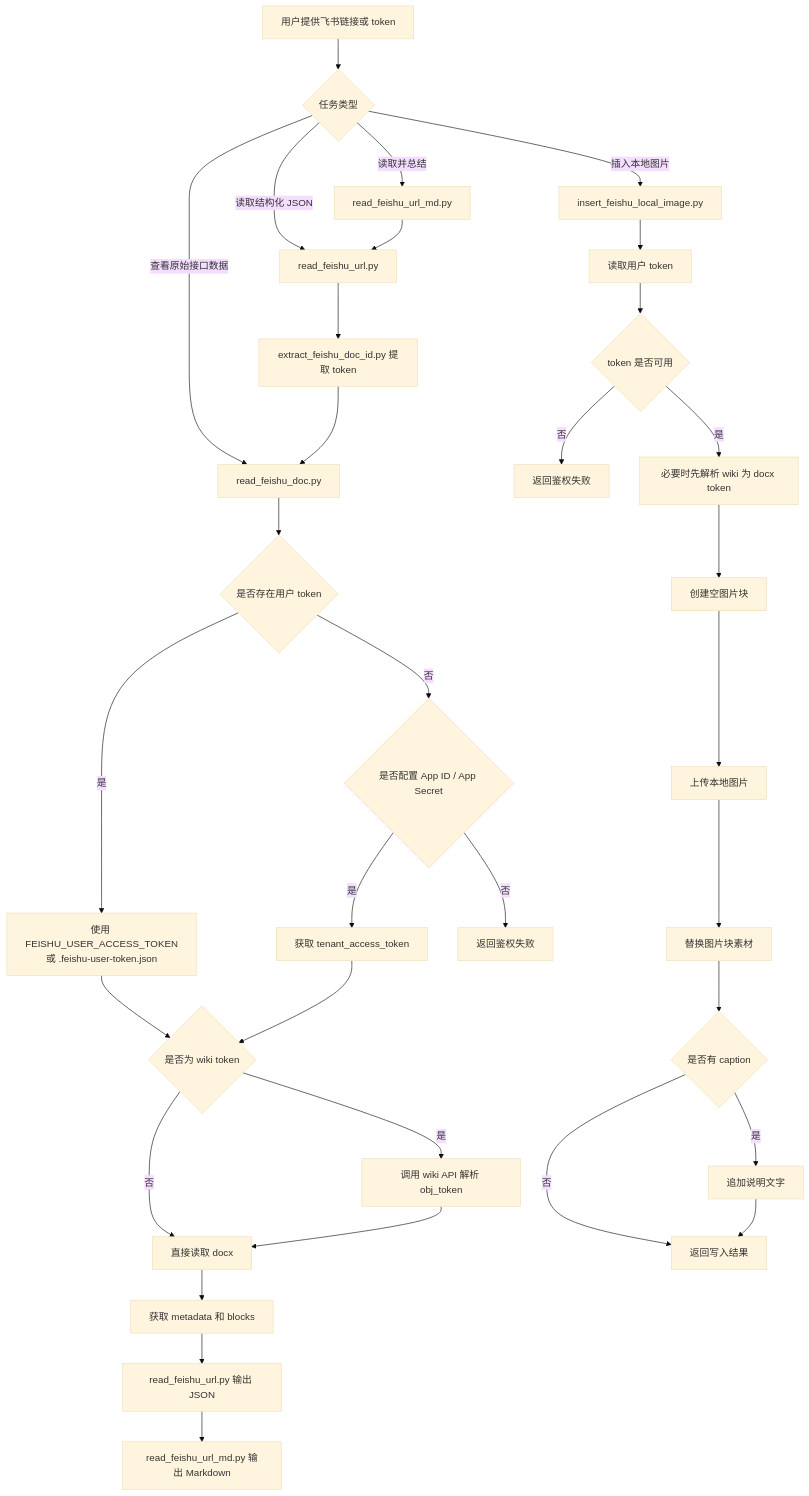
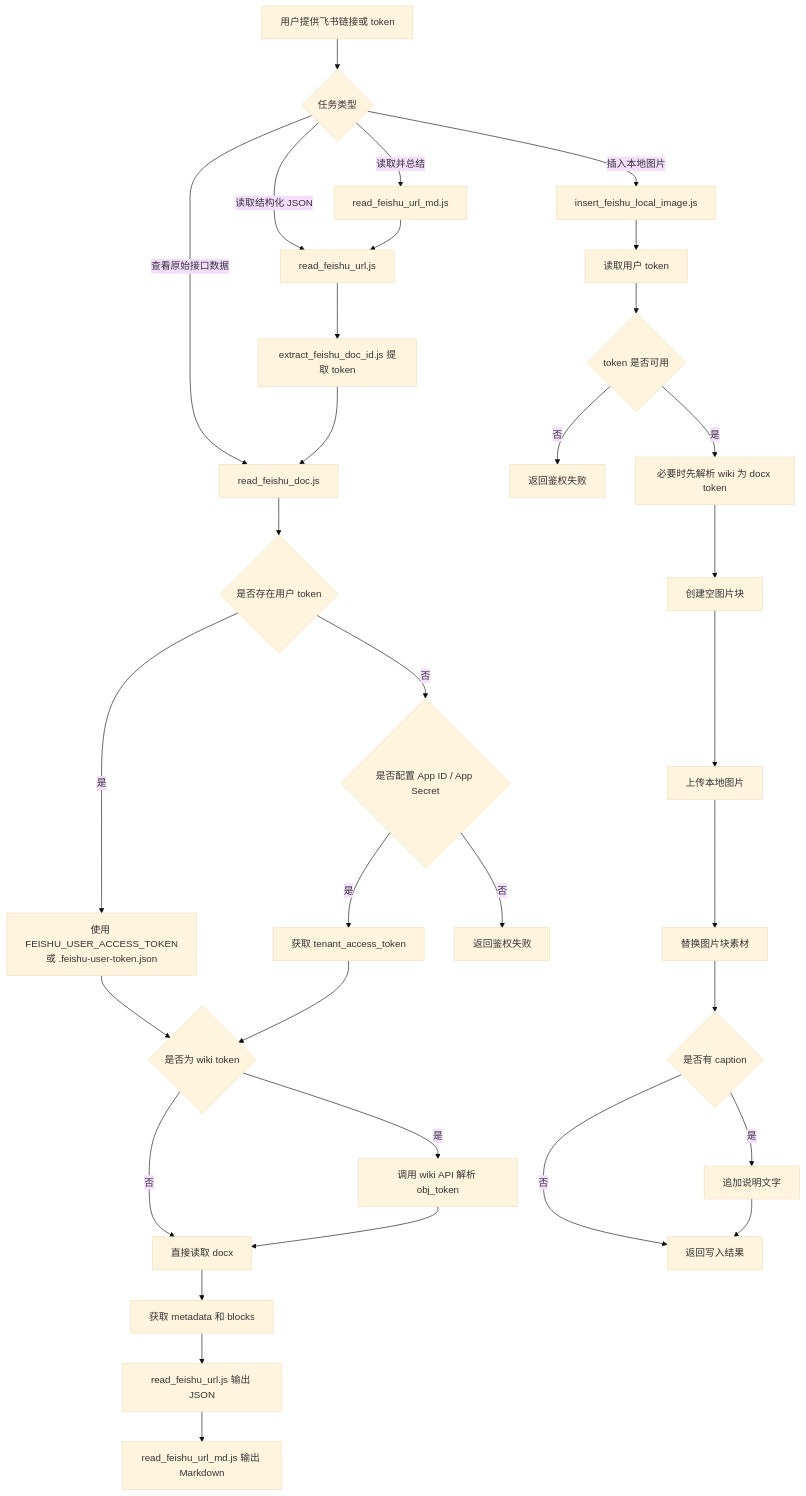
The diagram in README.md (Carryours/feishu-doc-skill), drawn with Mermaid (base theme) before and after one commit. The commit also changed other lines of this file and 20 other files, not shown here.

````diff
--- a/README.md
+++ b/README.md
@@ -144,41 +148,41 @@
 ```mermaid
 flowchart TD
     A[用户提供飞书链接或 token] --> B{任务类型}
 
-    B -->|读取并总结| C[read_feishu_url_md.py]
-    B -->|读取结构化 JSON| D[read_feishu_url.py]
-    B -->|查看原始接口数据| E[read_feishu_doc.py]
-    B -->|插入本地图片| F[insert_feishu_local_image.py]
+    B -->|读取并总结| C[read_feishu_url_md.js]
+    B -->|读取结构化 JSON| D[read_feishu_url.js]
+    B -->|查看原始接口数据| E[read_feishu_doc.js]
+    B -->|插入本地图片| F[insert_feishu_local_image.js]
 
     C --> D
-    D --> G[extract_feishu_doc_id.py 提取 token]
+    D --> G[extract_feishu_doc_id.js 提取 token]
     G --> E
 
     E --> H{是否存在用户 token}
     H -->|是| I[使用 FEISHU_USER_ACCESS_TOKEN<br/>或 .feishu-user-token.json]
     H -->|否| J{是否配置 App ID / App Secret}
     J -->|是| K[获取 tenant_access_token]
     J -->|否| L[返回鉴权失败]
 
     I --> M{是否为 wiki token}
     K --> M
     M -->|是| N[调用 wiki API 解析 obj_token]
     M -->|否| O[直接读取 docx]
     N --> O
     O --> P[获取 metadata 和 blocks]
 
-    P --> Q[read_feishu_url.py 输出 JSON]
-    Q --> R[read_feishu_url_md.py 输出 Markdown]
+    P --> Q[read_feishu_url.js 输出 JSON]
+    Q --> R[read_feishu_url_md.js 输出 Markdown]
 
     F --> S[读取用户 token]
     S --> T{token 是否可用}
     T -->|否| U[返回鉴权失败]
     T -->|是| V[必要时先解析 wiki 为 docx token]
     V --> W[创建空图片块]
     W --> X[上传本地图片]
     X --> Y[替换图片块素材]
     Y --> Z{是否有 caption}
     Z -->|是| AA[追加说明文字]
     Z -->|否| AB[返回写入结果]
     AA --> AB
 ```
````
